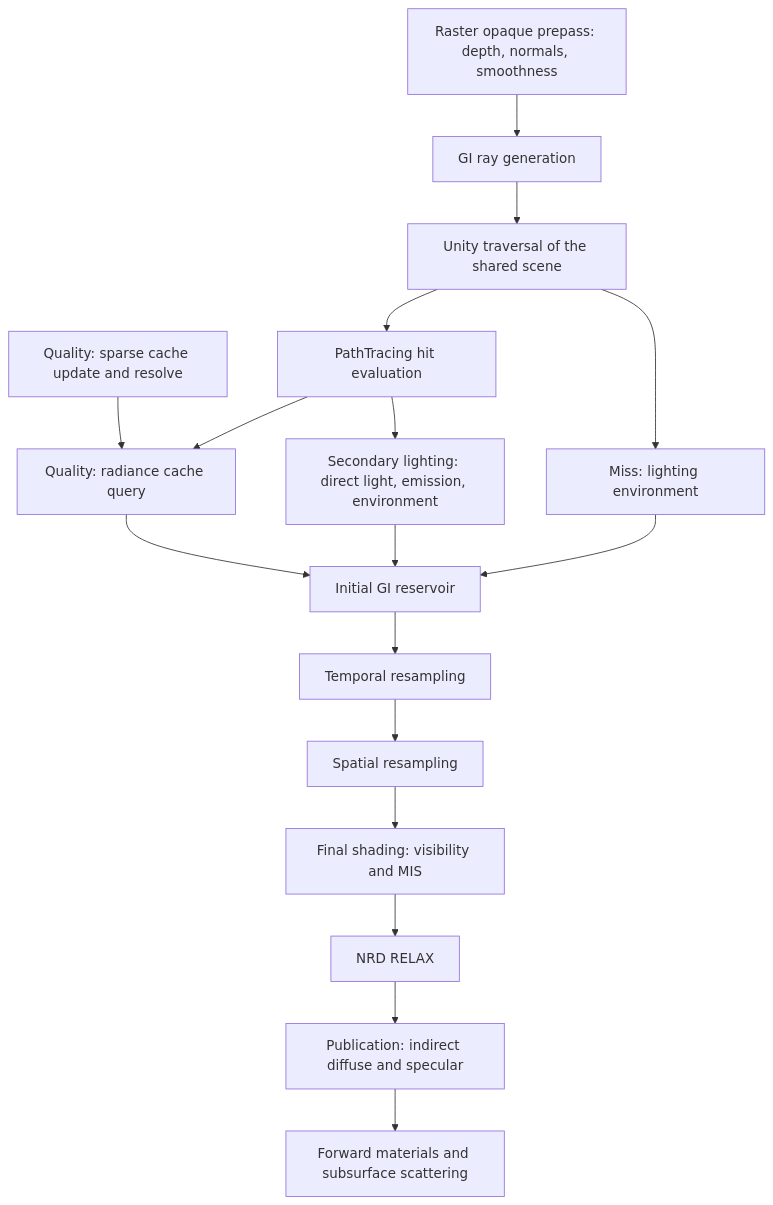
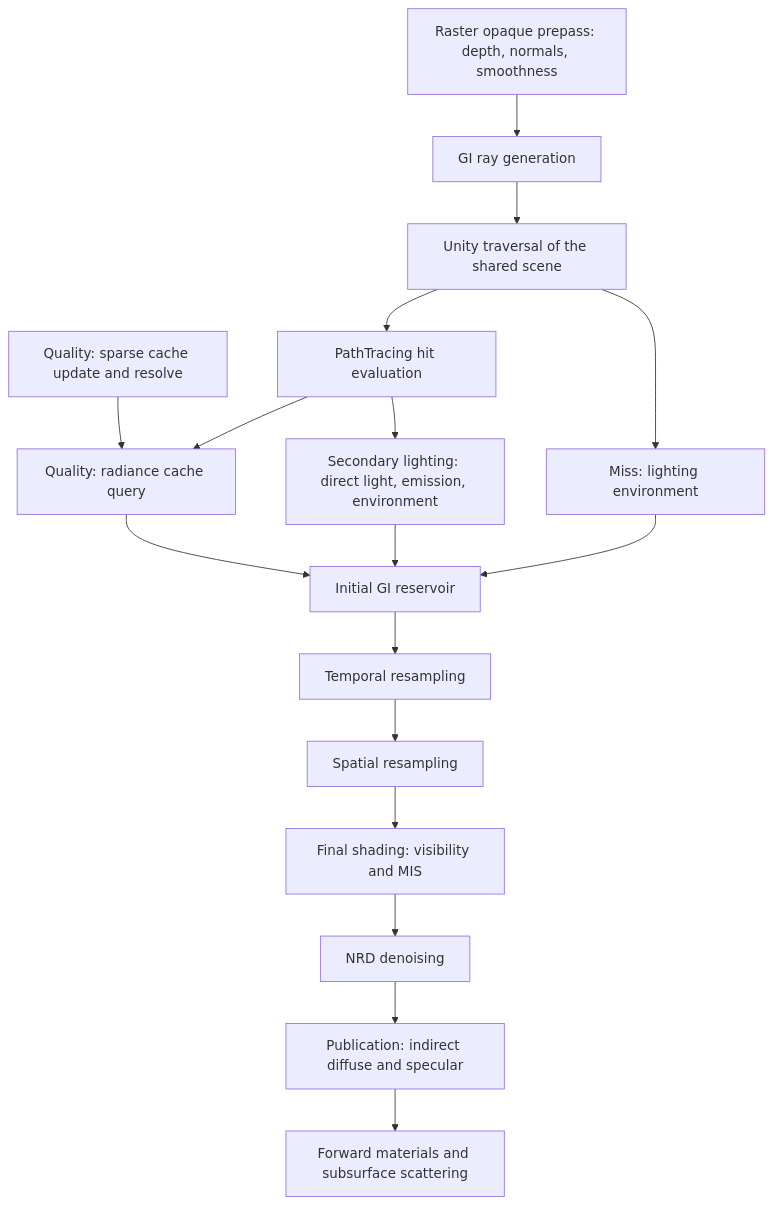
One commit to AkiKurisu/IllusionRP changed the diagram in Specs/ray-traced-global-illumination.md. Above: the diagram before and after it, drawn with Mermaid. The commit also changed other lines of this file and 1 other file, not shown here.

````diff
--- a/Specs/ray-traced-global-illumination.md
+++ b/Specs/ray-traced-global-illumination.md
@@ -29,19 +29,19 @@
 ```mermaid
 flowchart TD
     P[Raster opaque prepass: depth, normals, smoothness] --> G[GI ray generation]
     G --> T[Unity traversal of the shared scene]
     T --> H[PathTracing hit evaluation]
     U[Quality: sparse cache update and resolve] --> C[Quality: radiance cache query]
     H --> C
     C --> I
     H --> S[Secondary lighting: direct light, emission, environment]
     T --> E[Miss: lighting environment]
     S --> I[Initial GI reservoir]
     E --> I
     I --> R1[Temporal resampling]
     R1 --> R2[Spatial resampling]
     R2 --> F[Final shading: visibility and MIS]
-    F --> D[NRD RELAX]
+    F --> D[NRD denoising]
     D --> O[Publication: indirect diffuse and specular]
     O --> M[Forward materials and subsurface scattering]
 ```
````
